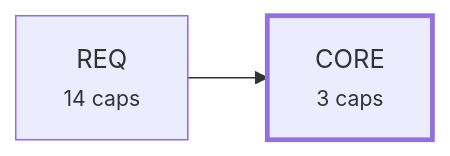
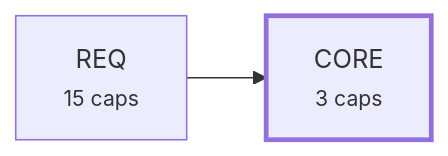
Before and after one commit to alxmax/Requirement-manager: the third of 4 diagrams in plugin/requirements/_map.md, drawn with Mermaid. The commit also changed other lines of this file and 11 other files, not shown here.

````diff
--- a/plugin/requirements/_map.md
+++ b/plugin/requirements/_map.md
@@ -142,7 +149,7 @@
 ```mermaid
 graph LR
   a_CORE["CORE<br><small>3 caps</small>"]
-  a_REQ["REQ<br><small>14 caps</small>"]
+  a_REQ["REQ<br><small>15 caps</small>"]
   a_REQ --> a_CORE
   style a_CORE stroke-width:3px
 ```
````
